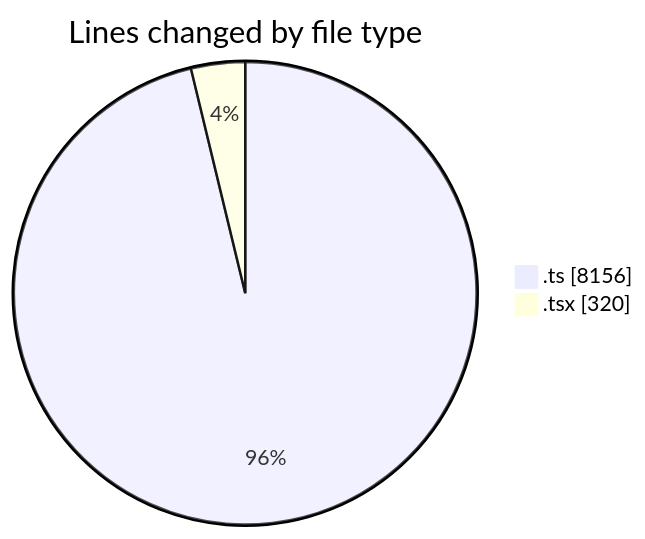
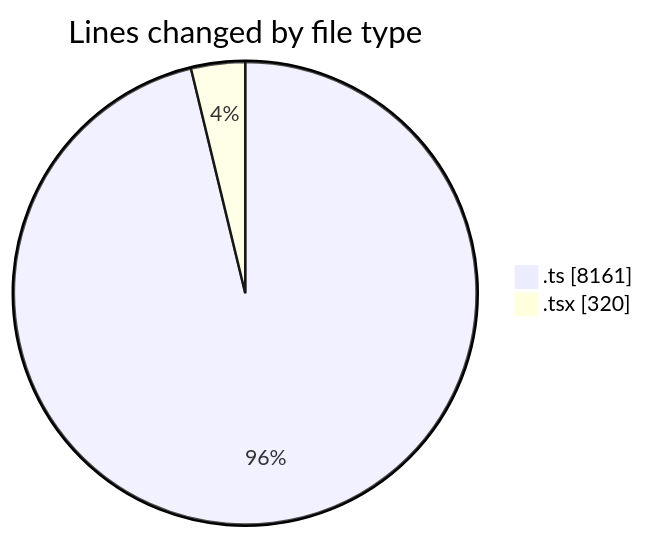
One commit to momahboobian/code-tracking changed the first of 2 diagrams in 2025-08-13/cda/README.md. Above: the diagram before and after it, drawn with Mermaid. The commit also changed other lines of this file and 1 other file, not shown here.

````diff
--- a/2025-08-13/cda/README.md
+++ b/2025-08-13/cda/README.md
@@ -24,6 +24,6 @@
 ```mermaid
 pie showData
 title Lines changed by file type
-".ts" : 8156
+".ts" : 8161
 ".tsx" : 320
 ```
````
